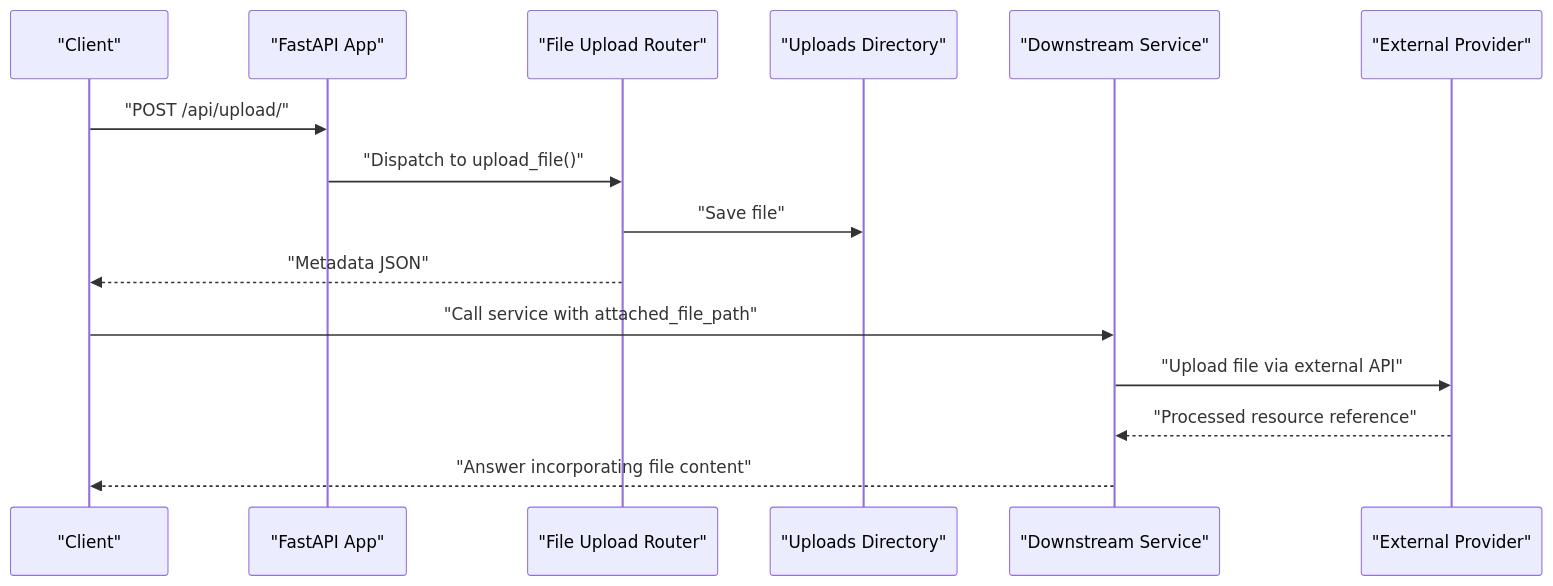
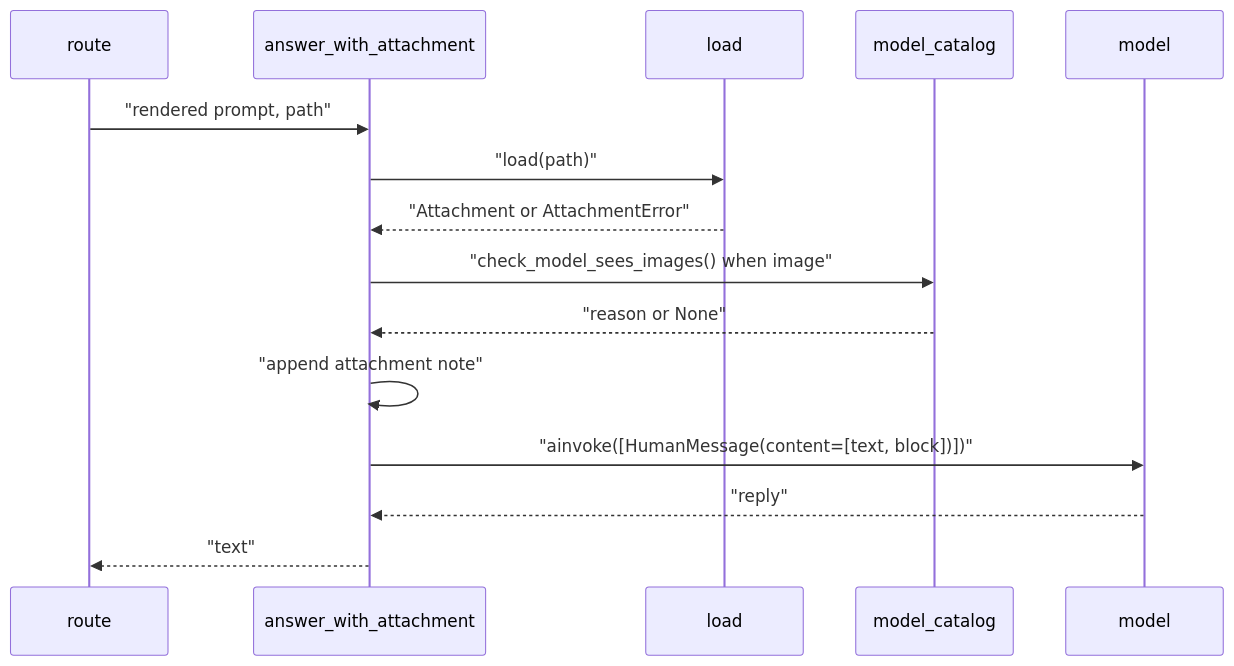
The fifth of 6 diagrams in src/data/docs/agentic-browser/API Server/File Upload API.md (tashifkhan/tashif.codes), drawn with Mermaid before and after one commit. The commit also changed other lines of this file and 114 other files, not shown here.

````diff
--- a/src/data/docs/agentic-browser/API Server/File Upload API.md
+++ b/src/data/docs/agentic-browser/API Server/File Upload API.md
@@ -121,17 +161,17 @@
 ```mermaid
 sequenceDiagram
-participant Client as "Client"
-participant API as "FastAPI App"
-participant Router as "File Upload Router"
-participant FS as "Uploads Directory"
-participant Service as "Downstream Service"
-participant External as "External Provider"
-Client->>API : "POST /api/upload/"
-API->>Router : "Dispatch to upload_file()"
-Router->>FS : "Save file"
-Router-->>Client : "Metadata JSON"
-Client->>Service : "Call service with attached_file_path"
-Service->>External : "Upload file via external API"
-External-->>Service : "Processed resource reference"
-Service-->>Client : "Answer incorporating file content"
+  participant R as route
+  participant A as answer_with_attachment
+  participant L as load
+  participant C as model_catalog
+  participant M as model
+  R->>A: "rendered prompt, path"
+  A->>L: "load(path)"
+  L-->>A: "Attachment or AttachmentError"
+  A->>C: "check_model_sees_images() when image"
+  C-->>A: "reason or None"
+  A->>A: "append attachment note"
+  A->>M: "ainvoke([HumanMessage(content=[text, block])])"
+  M-->>A: "reply"
+  A-->>R: "text"
 ```
````
